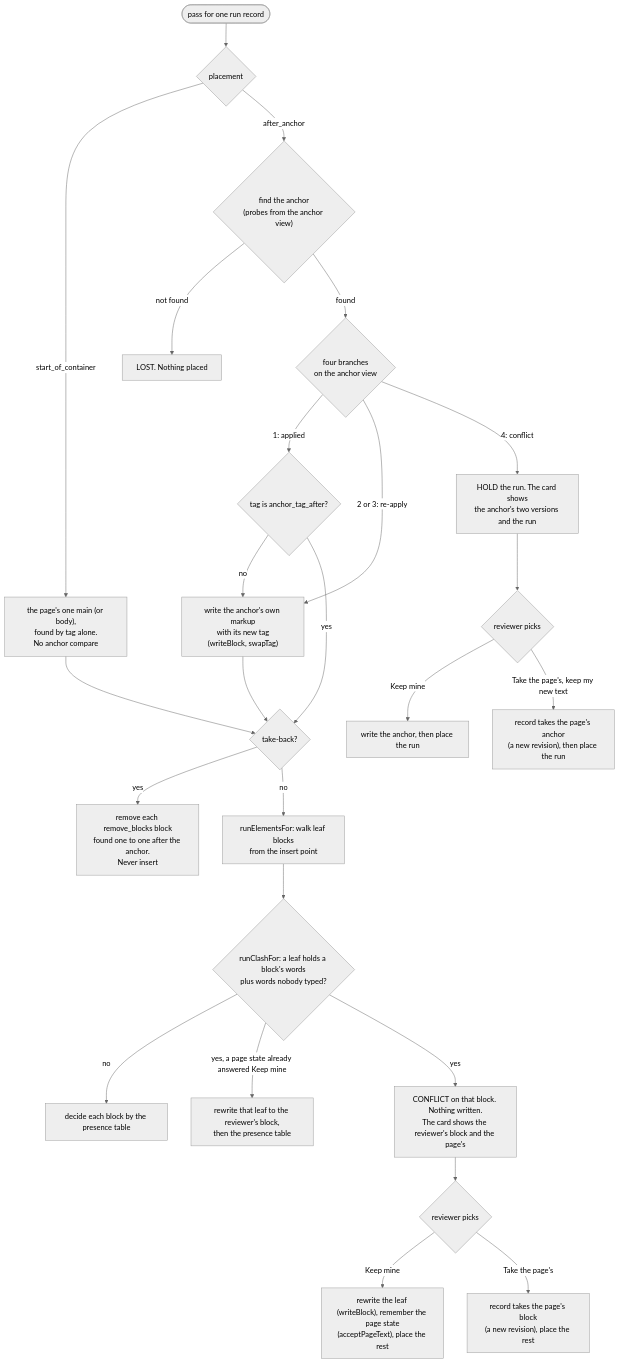
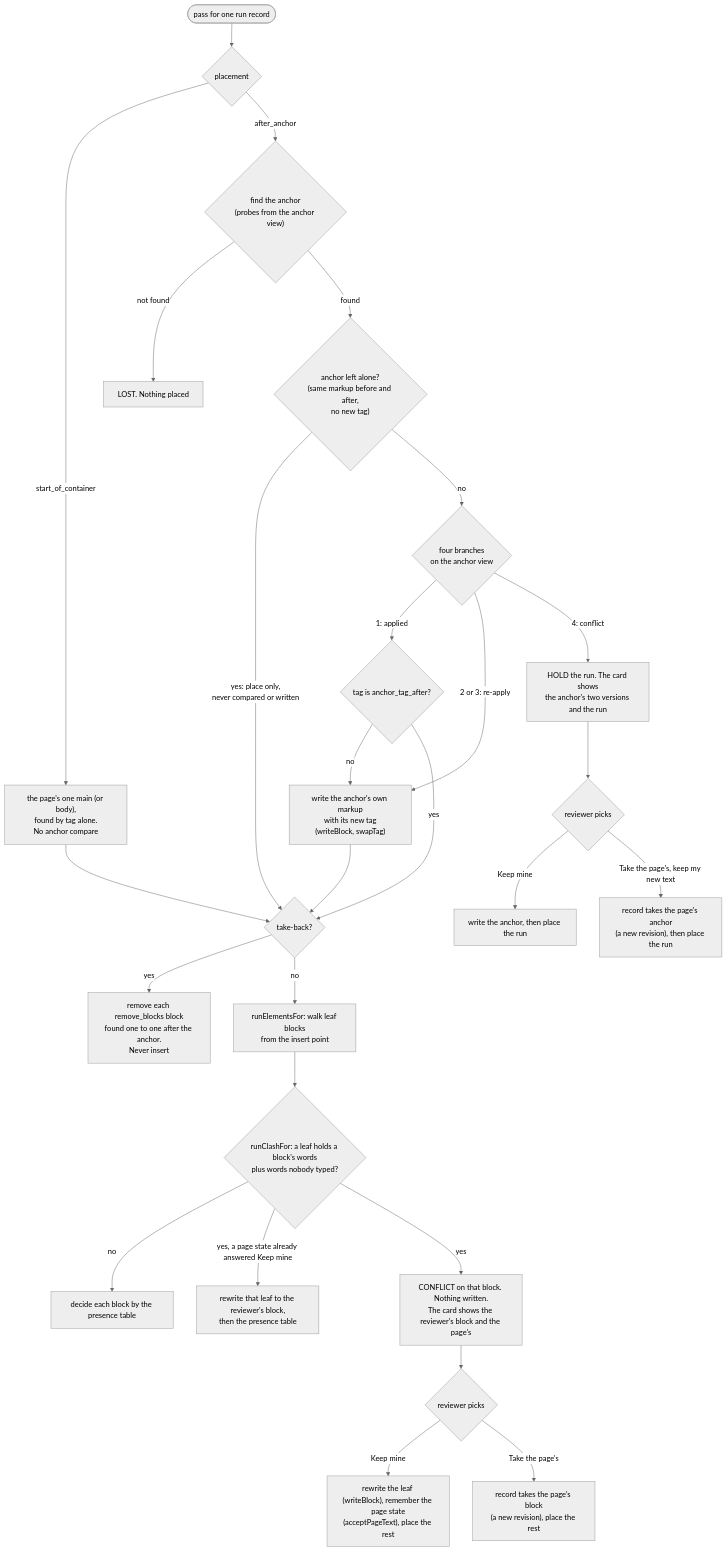
Before and after one commit to kenxle/live-agentic-html-editor: the third of 3 diagrams in docs/diagrams/replay_branches.md, drawn with Mermaid (neutral theme). The commit also changed other lines of this file, not shown here.

First line of the commit message:
Replay diagram: the untouched anchor, take-back tags, list rebuilds and the run notes

````diff
--- a/docs/diagrams/replay_branches.md
+++ b/docs/diagrams/replay_branches.md
@@ -51,27 +51,29 @@
 ```mermaid
 flowchart TD
   S(["pass for one run record"]) --> P{"placement"}
   P -- "start_of_container" --> Cn["the page's one main (or body),<br/>found by tag alone.<br/>No anchor compare"]
   P -- "after_anchor" --> A{"find the anchor<br/>(probes from the anchor view)"}
   A -- "not found" --> L["LOST. Nothing placed"]
-  A -- "found" --> V{"four branches<br/>on the anchor view"}
+  A -- "found" --> U{"anchor left alone?<br/>(same markup before and after,<br/>no new tag)"}
+  U -- "yes: place only,<br/>never compared or written" --> R
+  U -- "no" --> V{"four branches<br/>on the anchor view"}
   V -- "1: applied" --> T{"tag is anchor_tag_after?"}
   V -- "2 or 3: re-apply" --> W["write the anchor's own markup<br/>with its new tag<br/>(writeBlock, swapTag)"]
   V -- "4: conflict" --> H["HOLD the run. The card shows<br/>the anchor's two versions and the run"]
   T -- "no" --> W
   T -- "yes" --> R
   W --> R
   Cn --> R{"take-back?"}
   R -- "yes" --> Rm["remove each remove_blocks block<br/>found one to one after the anchor.<br/>Never insert"]
   R -- "no" --> Walk["runElementsFor: walk leaf blocks<br/>from the insert point"]
   Walk --> Cl{"runClashFor: a leaf holds a block's words<br/>plus words nobody typed?"}
   Cl -- "no" --> Row["decide each block by the presence table"]
   Cl -- "yes, a page state already answered Keep mine" --> KB["rewrite that leaf to the reviewer's block,<br/>then the presence table"]
   Cl -- "yes" --> HB["CONFLICT on that block. Nothing written.<br/>The card shows the reviewer's block and the page's"]
   HB --> Cb{"reviewer picks"}
   Cb -- "Keep mine" --> KB2["rewrite the leaf (writeBlock), remember the page state<br/>(acceptPageText), place the rest"]
   Cb -- "Take the page's" --> TB["record takes the page's block<br/>(a new revision), place the rest"]
   H --> Ch{"reviewer picks"}
   Ch -- "Keep mine" --> KM["write the anchor, then place the run"]
   Ch -- "Take the page's, keep my new text" --> TT["record takes the page's anchor<br/>(a new revision), then place the run"]
 ```
````
